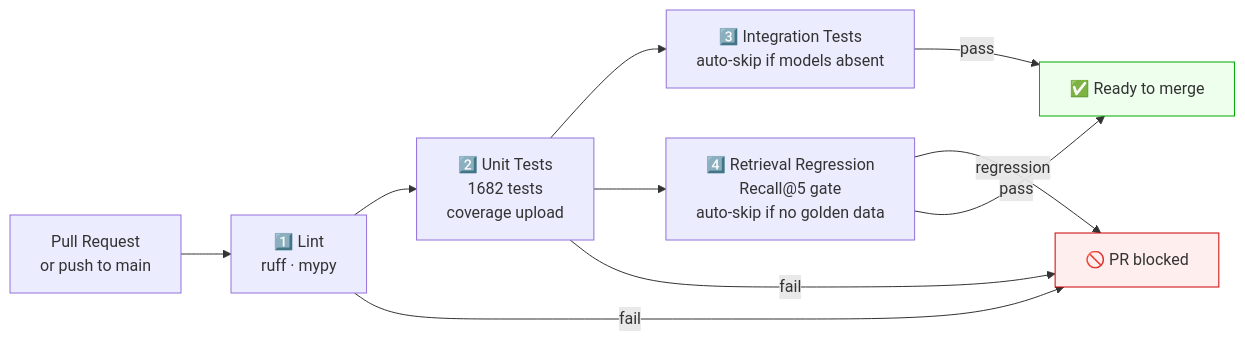
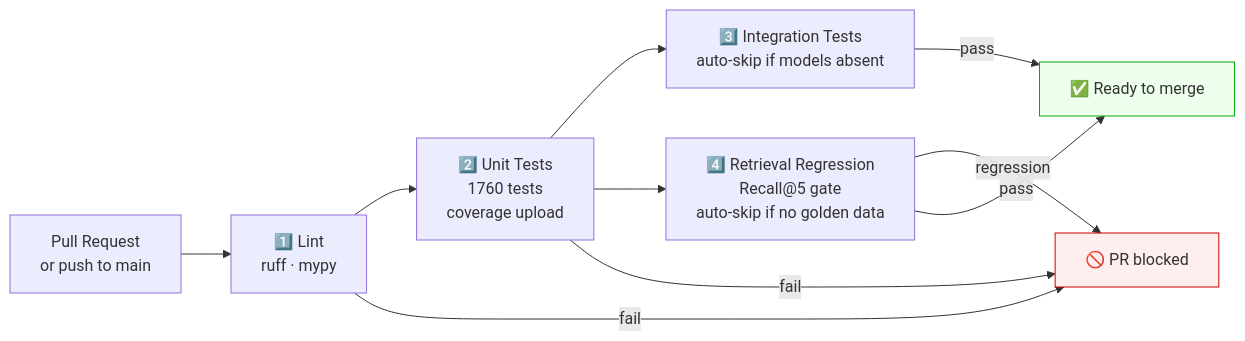
Before and after one commit to ealbertoav/rag_platform: diagram 15 of 15 in README.md, drawn with Mermaid. The commit also changed other lines of this file and 1 other file, not shown here.

````diff
--- a/README.md
+++ b/README.md
@@ -2430,15 +2500,15 @@
 ```mermaid
 flowchart LR
     PR["Pull Request<br/>or push to main"] --> L["1️⃣ Lint<br/>ruff · mypy"]
-    L --> U["2️⃣ Unit Tests<br/>1682 tests<br/>coverage upload"]
+    L --> U["2️⃣ Unit Tests<br/>1760 tests<br/>coverage upload"]
     U --> I["3️⃣ Integration Tests<br/>auto-skip if models absent"]
     U --> R["4️⃣ Retrieval Regression<br/>Recall@5 gate<br/>auto-skip if no golden data"]
 
     L -->|fail| BLOCK["🚫 PR blocked"]
     U -->|fail| BLOCK
     R -->|regression| BLOCK
     I & R -->|pass| MERGE["✅ Ready to merge"]
 
     style BLOCK fill:#ffeeee,stroke:#cc0000
     style MERGE fill:#eeffee,stroke:#00aa00
 ```
````
